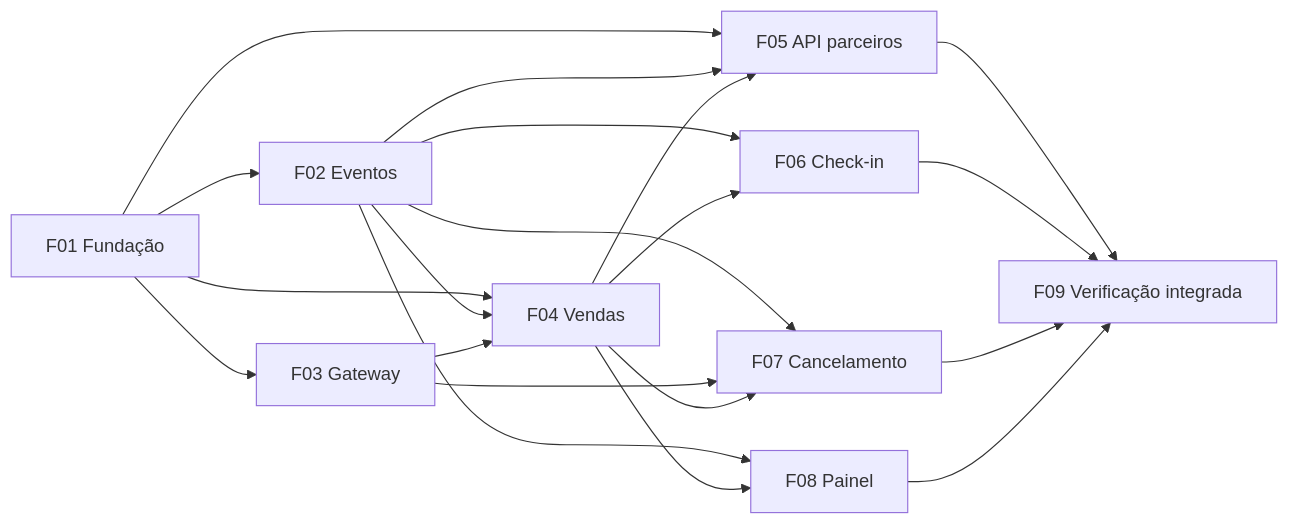
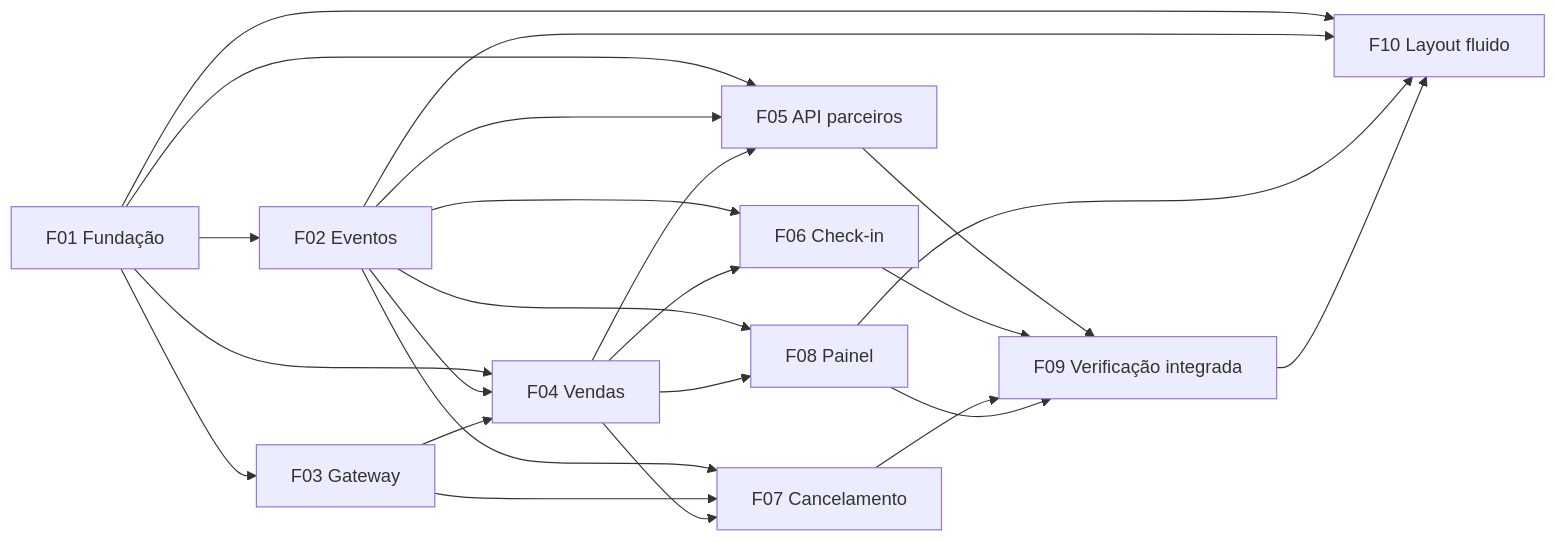
One commit to tiagobaptista-ui/mba-ia-catraca changed the diagram in docs/PRD.md. Above: the diagram before and after it, drawn with Mermaid. The commit also changed other lines of this file and 5 other files, not shown here.

````diff
--- a/docs/PRD.md
+++ b/docs/PRD.md
@@ -277,22 +302,26 @@
 ```mermaid
 graph LR
   F01[F01 Fundação] --> F02[F02 Eventos]
   F01 --> F03[F03 Gateway]
   F01 --> F04[F04 Vendas]
   F02 --> F04
   F03 --> F04
   F01 --> F05[F05 API parceiros]
   F02 --> F05
   F04 --> F05
   F02 --> F06[F06 Check-in]
   F04 --> F06
   F02 --> F07[F07 Cancelamento]
   F03 --> F07
   F04 --> F07
   F02 --> F08[F08 Painel]
   F04 --> F08
   F05 --> F09[F09 Verificação integrada]
   F06 --> F09
   F07 --> F09
   F08 --> F09
+  F01 --> F10[F10 Layout fluido]
+  F02 --> F10
+  F08 --> F10
+  F09 --> F10
 ```
````
